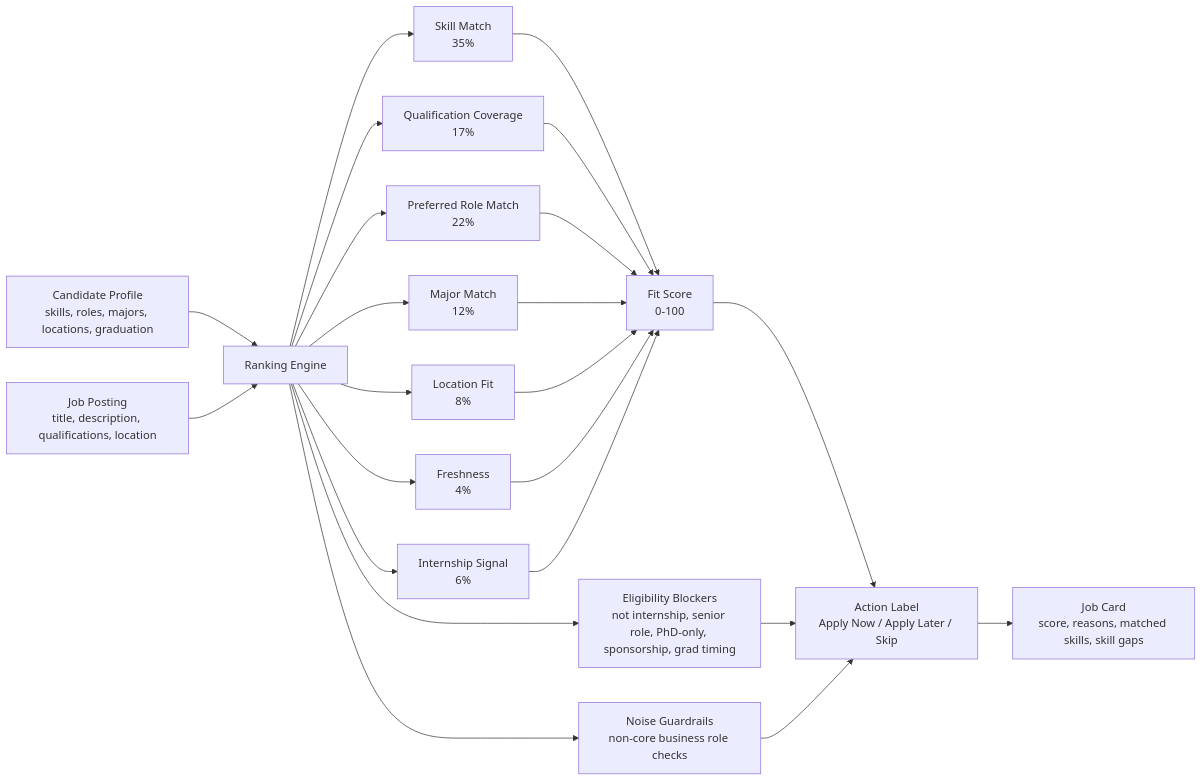
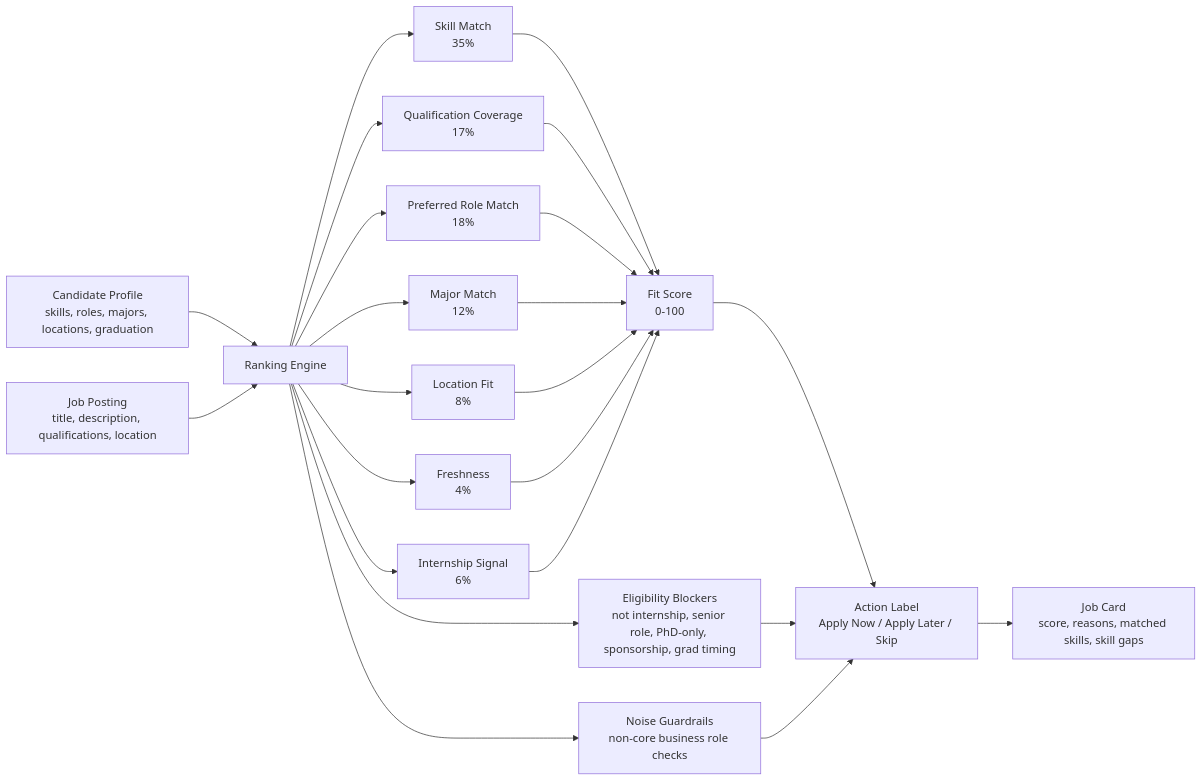
The second of 2 diagrams in README.md (TaegonAndreaSehoKim/InternLens), drawn with Mermaid before and after one commit. The commit also changed other lines of this file and 13 other files, not shown here.

````diff
--- a/README.md
+++ b/README.md
@@ -44,30 +44,30 @@
 ```mermaid
 flowchart LR
     profile["Candidate Profile<br/>skills, roles, majors, locations, graduation"] --> scorer["Ranking Engine"]
     job["Job Posting<br/>title, description, qualifications, location"] --> scorer
 
     scorer --> skill["Skill Match<br/>35%"]
     scorer --> quals["Qualification Coverage<br/>17%"]
-    scorer --> role["Preferred Role Match<br/>22%"]
+    scorer --> role["Preferred Role Match<br/>18%"]
     scorer --> major["Major Match<br/>12%"]
     scorer --> location["Location Fit<br/>8%"]
     scorer --> fresh["Freshness<br/>4%"]
     scorer --> intern["Internship Signal<br/>6%"]
 
     skill --> score["Fit Score<br/>0-100"]
     quals --> score
     role --> score
     major --> score
     location --> score
     fresh --> score
     intern --> score
 
     scorer --> blockers["Eligibility Blockers<br/>not internship, senior role, PhD-only, sponsorship, grad timing"]
     scorer --> guard["Noise Guardrails<br/>non-core business role checks"]
 
     score --> action["Action Label<br/>Apply Now / Apply Later / Skip"]
     blockers --> action
     guard --> action
 
     action --> card["Job Card<br/>score, reasons, matched skills, skill gaps"]
 ```
````
